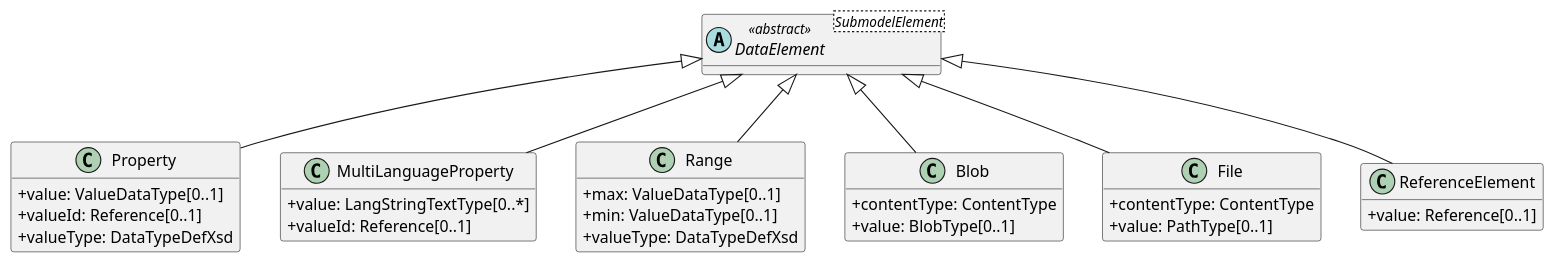
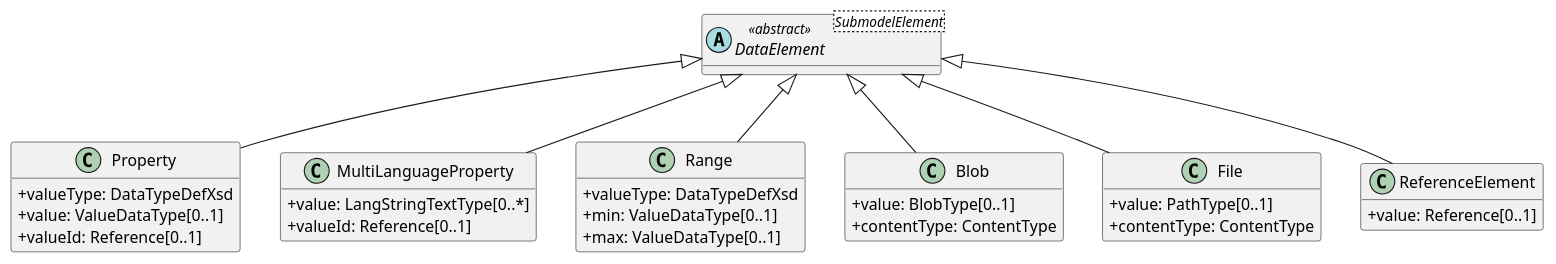
One commit to zrgt/py2puml changed the diagram in output/33_DataElement.puml. Above: the diagram before and after it, drawn with PlantUML. The commit also changed other lines of this file and 68 other files, not shown here.

```diff
--- a/output/33_DataElement.puml
+++ b/output/33_DataElement.puml
@@ -1,38 +1,38 @@
 @startuml
 skinparam classAttributeIconSize 0
 hide methods
 
 abstract class DataElement<SubmodelElement> <<abstract>> {
 }
 class Property {
+  +valueType: DataTypeDefXsd 
   +value: ValueDataType[0..1] 
   +valueId: Reference[0..1] 
-  +valueType: DataTypeDefXsd 
 }
 class MultiLanguageProperty {
   +value: LangStringTextType[0..*] 
   +valueId: Reference[0..1] 
 }
 class Range {
+  +valueType: DataTypeDefXsd 
+  +min: ValueDataType[0..1] 
   +max: ValueDataType[0..1] 
-  +min: ValueDataType[0..1] 
-  +valueType: DataTypeDefXsd 
 }
 class Blob {
+  +value: BlobType[0..1] 
   +contentType: ContentType 
-  +value: BlobType[0..1] 
 }
 class File {
+  +value: PathType[0..1] 
   +contentType: ContentType 
-  +value: PathType[0..1] 
 }
 class ReferenceElement {
   +value: Reference[0..1] 
 }
 DataElement <|-- Blob
 DataElement <|-- File
 DataElement <|-- MultiLanguageProperty
 DataElement <|-- Property
 DataElement <|-- Range
 DataElement <|-- ReferenceElement
 @enduml
```
